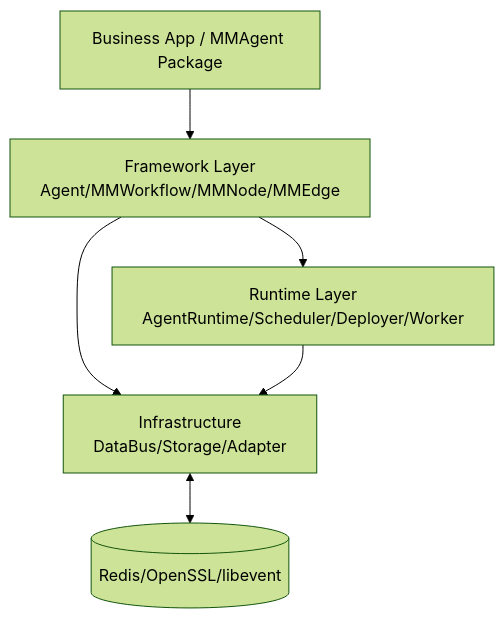
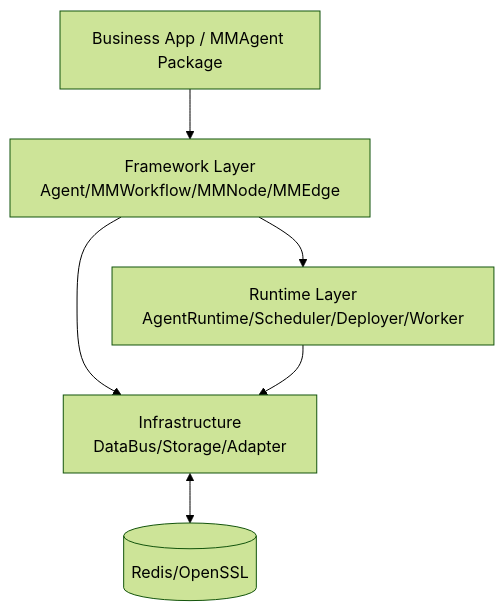
One commit to xyz11274/agentf changed the eighth of 14 diagrams in docs/ARCHITECTURE.md. Above: the diagram before and after it, drawn with Mermaid (forest theme). The commit also changed other lines of this file and 7 other files, not shown here.

````diff
--- a/docs/ARCHITECTURE.md
+++ b/docs/ARCHITECTURE.md
@@ -317,14 +316,14 @@
 ```mermaid
 graph TB
     APP[Business App / MMAgent Package]
     FW[Framework Layer\nAgent/MMWorkflow/MMNode/MMEdge]
     RT[Runtime Layer\nAgentRuntime/Scheduler/Deployer/Worker]
     INF[Infrastructure\nDataBus/Storage/Adapter]
-    EXT[(Redis/OpenSSL/libevent)]
+    EXT[(Redis/OpenSSL)]
 
     APP --> FW
     FW --> RT
     FW --> INF
     RT --> INF
     INF <--> EXT
 ```
````
